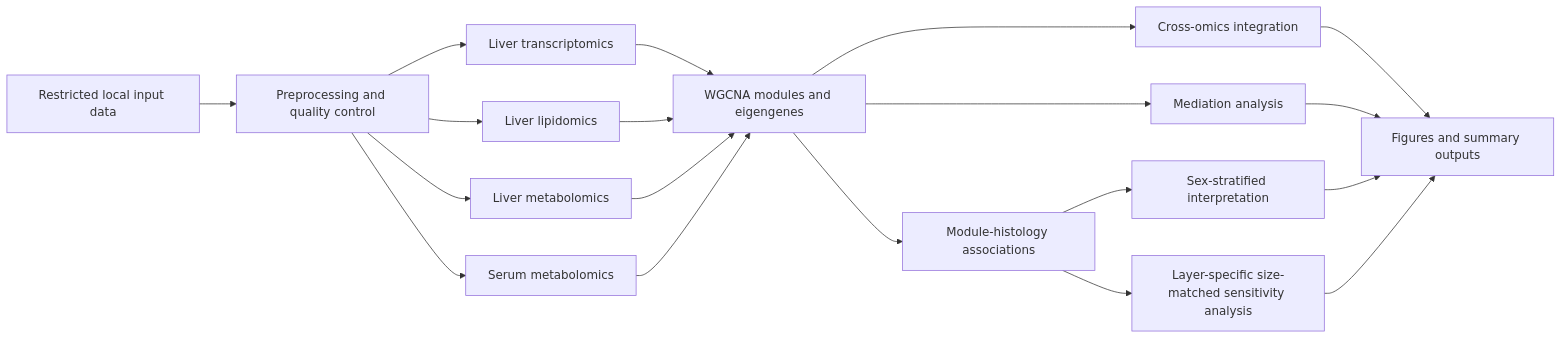
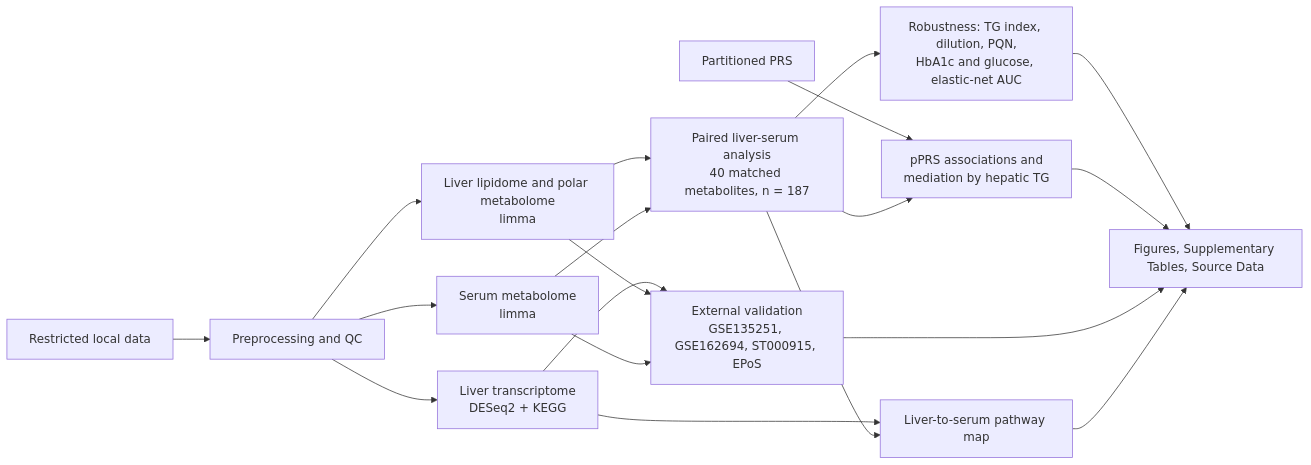
One commit to shashank-KU/masld-sex-stratified-multiomics changed the diagram in README.md. Above: the diagram before and after it, drawn with Mermaid. The commit also changed other lines of this file, not shown here.

````diff
--- a/README.md
+++ b/README.md
@@ -81,21 +62,21 @@
 ```mermaid
 flowchart LR
-    A[Restricted local input data] --> B[Preprocessing and quality control]
-    B --> C1[Liver transcriptomics]
-    B --> C2[Liver lipidomics]
-    B --> C3[Liver metabolomics]
-    B --> C4[Serum metabolomics]
-    C1 --> D[WGCNA modules and eigengenes]
-    C2 --> D
-    C3 --> D
-    C4 --> D
-    D --> E[Module-histology associations]
-    D --> F[Cross-omics integration]
-    D --> G[Mediation analysis]
-    E --> H[Sex-stratified interpretation]
-    E --> I[Layer-specific size-matched sensitivity analysis]
-    F --> J[Figures and summary outputs]
-    G --> J
-    H --> J
-    I --> J
+    A[Restricted local data] --> B[Preprocessing and QC]
+    B --> T[Liver transcriptome<br/>DESeq2 + KEGG]
+    B --> L[Liver lipidome and polar metabolome<br/>limma]
+    B --> S[Serum metabolome<br/>limma]
+    T --> V[External validation<br/>GSE135251, GSE162694, ST000915, EPoS]
+    L --> V
+    S --> V
+    L --> P[Paired liver-serum analysis<br/>40 matched metabolites, n = 187]
+    S --> P
+    P --> R[Robustness: TG index, dilution, PQN,<br/>HbA1c and glucose, elastic-net AUC]
+    G[Partitioned PRS] --> M[pPRS associations and<br/>mediation by hepatic TG]
+    P --> M
+    T --> X[Liver-to-serum pathway map]
+    P --> X
+    R --> O[Figures, Supplementary Tables, Source Data]
+    M --> O
+    V --> O
+    X --> O
 ```
````
